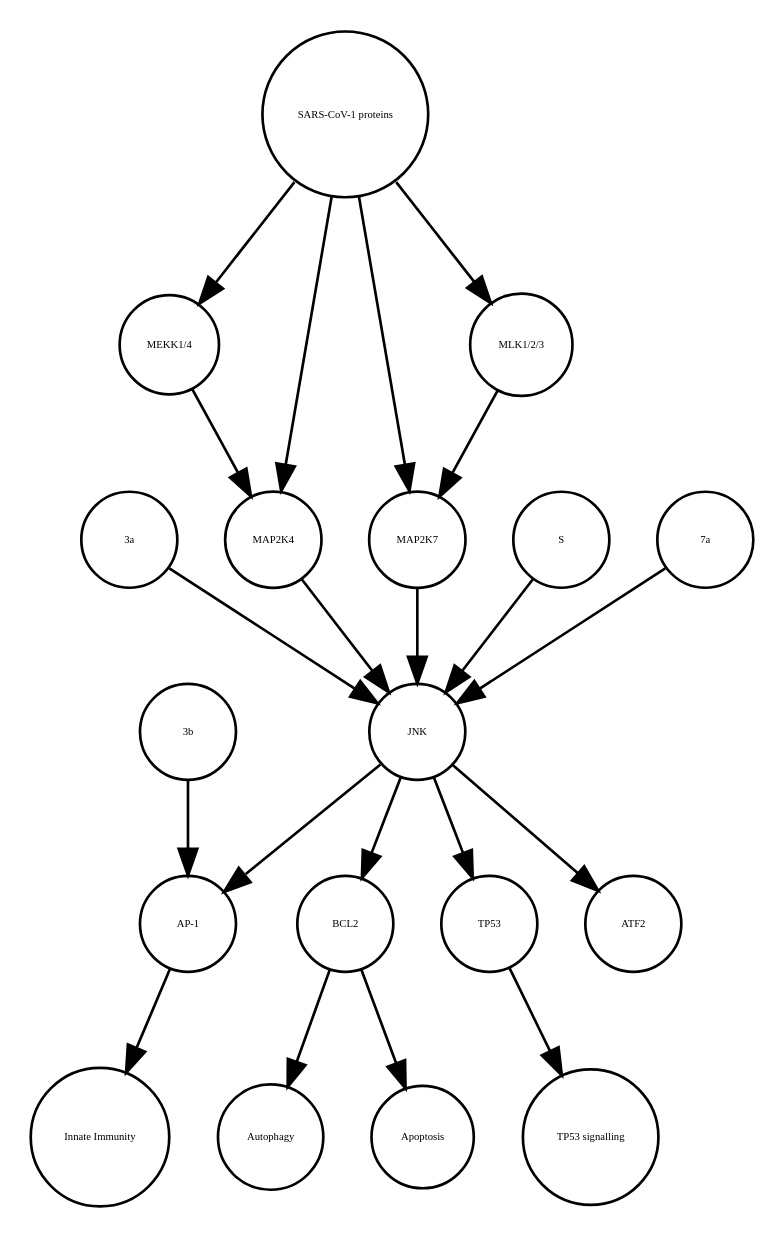
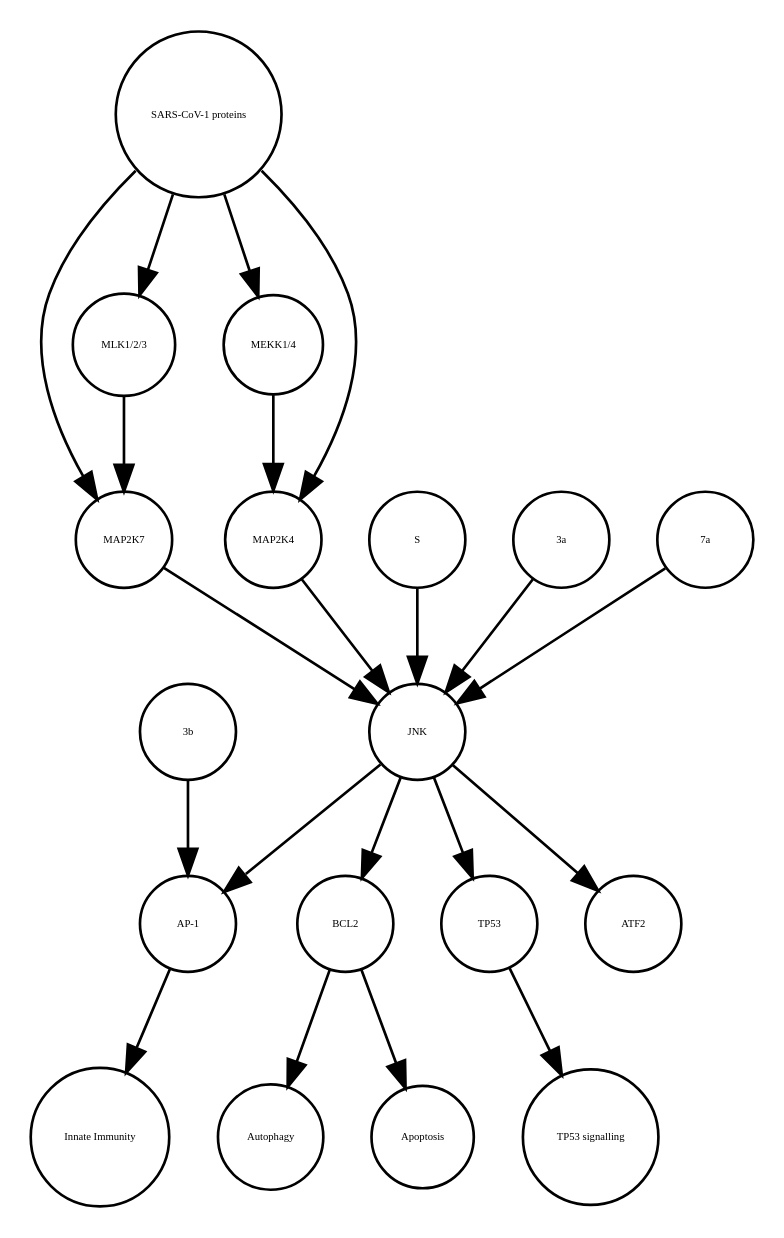
One commit to cannin/covid19-sbgn changed the diagram in JNK_pathway_stable.xml_projected.dot. Above: the diagram before and after it, drawn with Graphviz. The commit also changed other lines of this file and 572 other files, not shown here.

```diff
--- a/JNK_pathway_stable.xml_projected.dot
+++ b/JNK_pathway_stable.xml_projected.dot
@@ -1,40 +1,40 @@
 strict digraph  {
 BCL2 [annotation=urn_miriam_ncbigene_596, bipartite=0, cls=macromolecule, fontsize=4, label=BCL2, shape=circle];
 Autophagy [annotation="urn_miriam_obo.go_GO%3A0006914", bipartite=0, cls=phenotype, fontsize=4, label=Autophagy, shape=circle];
 "AP-1" [annotation="", bipartite=0, cls=complex, fontsize=4, label="AP-1", shape=circle];
 "Innate Immunity" [annotation="urn_miriam_obo.go_GO%3A0045087", bipartite=0, cls=phenotype, fontsize=4, label="Innate Immunity", shape=circle];
 TP53 [annotation=urn_miriam_ncbigene_7157, bipartite=0, cls=macromolecule, fontsize=4, label=TP53, shape=circle];
 "TP53 signalling" [annotation="urn_miriam_obo.go_GO%3A0072331", bipartite=0, cls=phenotype, fontsize=4, label="TP53 signalling", shape=circle];
 Apoptosis [annotation="urn_miriam_obo.go_GO%3A0006915", bipartite=0, cls=phenotype, fontsize=4, label=Apoptosis, shape=circle];
+MAP2K7 [annotation=urn_miriam_ncbigene_5609, bipartite=0, cls=macromolecule, fontsize=4, label=MAP2K7, shape=circle];
+ATF2 [annotation=urn_miriam_ncbigene_1386, bipartite=0, cls=macromolecule, fontsize=4, label=ATF2, shape=circle];
 "MEKK1/4" [annotation="", bipartite=0, cls=complex, fontsize=4, label="MEKK1/4", shape=circle];
+"3b" [annotation="", bipartite=0, cls=macromolecule, fontsize=4, label="3b", shape=circle];
+JNK [annotation="", bipartite=0, cls=complex, fontsize=4, label=JNK, shape=circle];
+"MLK1/2/3" [annotation="", bipartite=0, cls=complex, fontsize=4, label="MLK1/2/3", shape=circle];
+S [annotation="", bipartite=0, cls=macromolecule, fontsize=4, label=S, shape=circle];
+"SARS-CoV-1 proteins" [annotation="", bipartite=0, cls=complex, fontsize=4, label="SARS-CoV-1 proteins", shape=circle];
 "3a" [annotation="", bipartite=0, cls=macromolecule, fontsize=4, label="3a", shape=circle];
-ATF2 [annotation=urn_miriam_ncbigene_1386, bipartite=0, cls=macromolecule, fontsize=4, label=ATF2, shape=circle];
 MAP2K4 [annotation=urn_miriam_ncbigene_6416, bipartite=0, cls=macromolecule, fontsize=4, label=MAP2K4, shape=circle];
-"SARS-CoV-1 proteins" [annotation="", bipartite=0, cls=complex, fontsize=4, label="SARS-CoV-1 proteins", shape=circle];
-MAP2K7 [annotation=urn_miriam_ncbigene_5609, bipartite=0, cls=macromolecule, fontsize=4, label=MAP2K7, shape=circle];
-S [annotation="", bipartite=0, cls=macromolecule, fontsize=4, label=S, shape=circle];
-JNK [annotation="", bipartite=0, cls=complex, fontsize=4, label=JNK, shape=circle];
-"3b" [annotation="", bipartite=0, cls=macromolecule, fontsize=4, label="3b", shape=circle];
-"MLK1/2/3" [annotation="", bipartite=0, cls=complex, fontsize=4, label="MLK1/2/3", shape=circle];
 "7a" [annotation="", bipartite=0, cls=macromolecule, fontsize=4, label="7a", shape=circle];
 BCL2 -> Autophagy  [annotation="", interaction_type="necessary stimulation"];
 BCL2 -> Apoptosis  [annotation="", interaction_type=inhibition];
 "AP-1" -> "Innate Immunity"  [annotation="", interaction_type="necessary stimulation"];
 TP53 -> "TP53 signalling"  [annotation="", interaction_type="necessary stimulation"];
+MAP2K7 -> JNK  [annotation="urn_miriam_pubmed_17141229|urn_miriam_taxonomy_694009|urn_miriam_taxonomy_392815", interaction_type=stimulation];
 "MEKK1/4" -> MAP2K4  [annotation="urn_miriam_pubmed_31226023|urn_miriam_taxonomy_694009|urn_miriam_taxonomy_392815", interaction_type=stimulation];
+"3b" -> "AP-1"  [annotation="urn_miriam_pubmed_21561061|urn_miriam_taxonomy_694009", interaction_type=stimulation];
+JNK -> TP53  [annotation=urn_miriam_pubmed_9724739, interaction_type=stimulation];
+JNK -> BCL2  [annotation=urn_miriam_pubmed_10567572, interaction_type=stimulation];
+JNK -> ATF2  [annotation=urn_miriam_pubmed_7824938, interaction_type=stimulation];
+JNK -> "AP-1"  [annotation="urn_miriam_pubmed_21561061|urn_miriam_taxonomy_694009", interaction_type=stimulation];
+"MLK1/2/3" -> MAP2K7  [annotation="urn_miriam_pubmed_31226023|urn_miriam_taxonomy_694009|urn_miriam_taxonomy_392815", interaction_type=stimulation];
+S -> JNK  [annotation="urn_miriam_pubmed_17267381|urn_miriam_taxonomy_694009|urn_miriam_taxonomy_392815", interaction_type=stimulation];
+"SARS-CoV-1 proteins" -> "MLK1/2/3"  [annotation="urn_miriam_taxonomy_694009|urn_miriam_pubmed_31226023|urn_miriam_taxonomy_392815", interaction_type=stimulation];
+"SARS-CoV-1 proteins" -> MAP2K4  [annotation="urn_miriam_pubmed_31226023|urn_miriam_taxonomy_694009|urn_miriam_taxonomy_392815", interaction_type=stimulation];
+"SARS-CoV-1 proteins" -> MAP2K7  [annotation="urn_miriam_pubmed_31226023|urn_miriam_taxonomy_694009|urn_miriam_taxonomy_392815", interaction_type=stimulation];
+"SARS-CoV-1 proteins" -> "MEKK1/4"  [annotation="urn_miriam_pubmed_31226023|urn_miriam_taxonomy_694009|urn_miriam_taxonomy_392815", interaction_type=stimulation];
 "3a" -> JNK  [annotation="urn_miriam_pubmed_17141229|urn_miriam_taxonomy_694009|urn_miriam_taxonomy_392815", interaction_type=stimulation];
 MAP2K4 -> JNK  [annotation="urn_miriam_pubmed_17141229|urn_miriam_taxonomy_694009|urn_miriam_taxonomy_392815", interaction_type=stimulation];
-"SARS-CoV-1 proteins" -> MAP2K7  [annotation="urn_miriam_pubmed_31226023|urn_miriam_taxonomy_694009|urn_miriam_taxonomy_392815", interaction_type=stimulation];
-"SARS-CoV-1 proteins" -> MAP2K4  [annotation="urn_miriam_pubmed_31226023|urn_miriam_taxonomy_694009|urn_miriam_taxonomy_392815", interaction_type=stimulation];
-"SARS-CoV-1 proteins" -> "MLK1/2/3"  [annotation="urn_miriam_taxonomy_694009|urn_miriam_pubmed_31226023|urn_miriam_taxonomy_392815", interaction_type=stimulation];
-"SARS-CoV-1 proteins" -> "MEKK1/4"  [annotation="urn_miriam_pubmed_31226023|urn_miriam_taxonomy_694009|urn_miriam_taxonomy_392815", interaction_type=stimulation];
-MAP2K7 -> JNK  [annotation="urn_miriam_pubmed_17141229|urn_miriam_taxonomy_694009|urn_miriam_taxonomy_392815", interaction_type=stimulation];
-S -> JNK  [annotation="urn_miriam_pubmed_17267381|urn_miriam_taxonomy_694009|urn_miriam_taxonomy_392815", interaction_type=stimulation];
-JNK -> BCL2  [annotation=urn_miriam_pubmed_10567572, interaction_type=stimulation];
-JNK -> "AP-1"  [annotation="urn_miriam_pubmed_21561061|urn_miriam_taxonomy_694009", interaction_type=stimulation];
-JNK -> ATF2  [annotation=urn_miriam_pubmed_7824938, interaction_type=stimulation];
-JNK -> TP53  [annotation=urn_miriam_pubmed_9724739, interaction_type=stimulation];
-"3b" -> "AP-1"  [annotation="urn_miriam_pubmed_21561061|urn_miriam_taxonomy_694009", interaction_type=stimulation];
-"MLK1/2/3" -> MAP2K7  [annotation="urn_miriam_pubmed_31226023|urn_miriam_taxonomy_694009|urn_miriam_taxonomy_392815", interaction_type=stimulation];
 "7a" -> JNK  [annotation="urn_miriam_pubmed_17141229|urn_miriam_taxonomy_694009|urn_miriam_taxonomy_392815", interaction_type=stimulation];
 }
```
